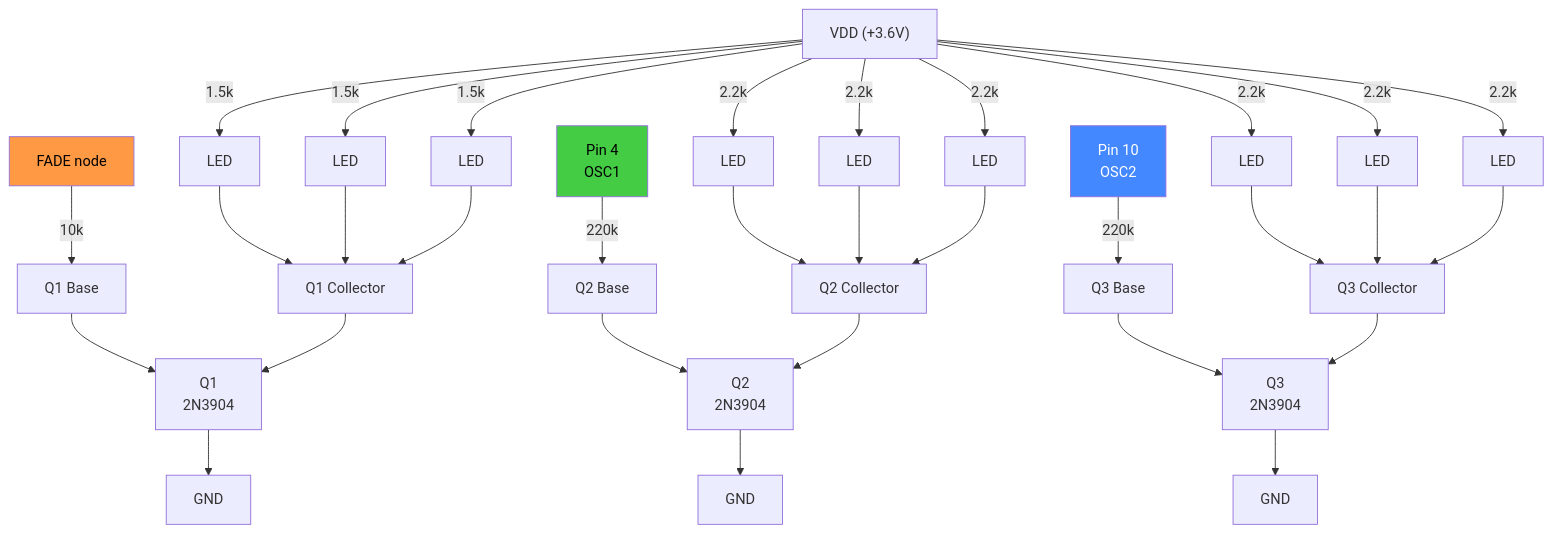
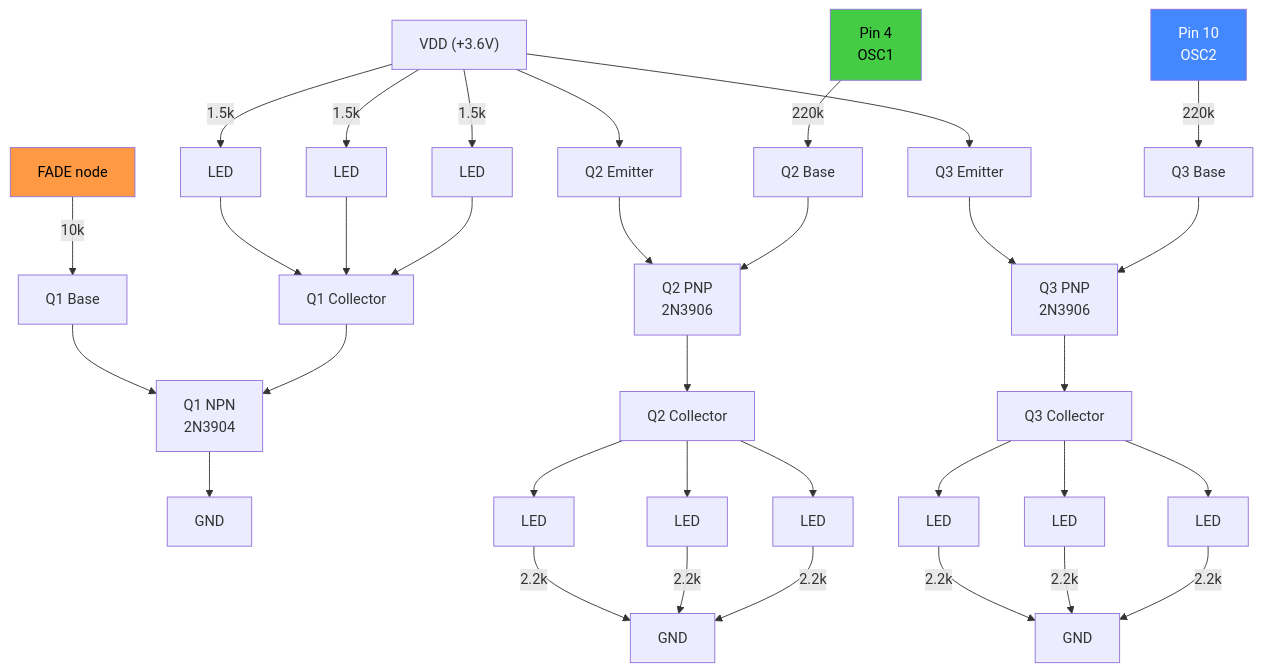
Before and after one commit to dirq/DiamondMineShimmerCircuit: the sixth of 6 diagrams in Corrected/schematic.md, drawn with Mermaid. The commit also changed other lines of this file and 22 other files, not shown here.

````diff
--- a/Corrected/schematic.md
+++ b/Corrected/schematic.md
@@ -243,32 +247,34 @@
 ```mermaid
 graph TD
     VDD["VDD (+3.6V)"]
 
     VDD -->|"1.5k"| SL1["LED"] --> Q1C["Q1 Collector"]
     VDD -->|"1.5k"| SL2["LED"] --> Q1C
     VDD -->|"1.5k"| SL3["LED"] --> Q1C
     FADE["FADE node"] -->|"10k"| Q1B["Q1 Base"]
-    Q1B --> Q1["Q1<br/>2N3904"]
+    Q1B --> Q1["Q1 NPN<br/>2N3904"]
     Q1C --> Q1
     Q1 --> GND1["GND"]
 
-    VDD -->|"2.2k"| TL1["LED"] --> Q2C["Q2 Collector"]
-    VDD -->|"2.2k"| TL2["LED"] --> Q2C
-    VDD -->|"2.2k"| TL3["LED"] --> Q2C
+    VDD --> Q2E["Q2 Emitter"]
+    Q2E --> Q2["Q2 PNP<br/>2N3906"]
     OSC1["Pin 4<br/>OSC1"] -->|"220k"| Q2B["Q2 Base"]
-    Q2B --> Q2["Q2<br/>2N3904"]
-    Q2C --> Q2
-    Q2 --> GND2["GND"]
+    Q2B --> Q2
+    Q2 --> Q2C["Q2 Collector"]
+    Q2C --> TL1["LED"] -->|"2.2k"| GND2["GND"]
+    Q2C --> TL2["LED"] -->|"2.2k"| GND2
+    Q2C --> TL3["LED"] -->|"2.2k"| GND2
 
-    VDD -->|"2.2k"| TL4["LED"] --> Q3C["Q3 Collector"]
-    VDD -->|"2.2k"| TL5["LED"] --> Q3C
-    VDD -->|"2.2k"| TL6["LED"] --> Q3C
+    VDD --> Q3E["Q3 Emitter"]
+    Q3E --> Q3["Q3 PNP<br/>2N3906"]
     OSC2["Pin 10<br/>OSC2"] -->|"220k"| Q3B["Q3 Base"]
-    Q3B --> Q3["Q3<br/>2N3904"]
-    Q3C --> Q3
-    Q3 --> GND3["GND"]
+    Q3B --> Q3
+    Q3 --> Q3C["Q3 Collector"]
+    Q3C --> TL4["LED"] -->|"2.2k"| GND3["GND"]
+    Q3C --> TL5["LED"] -->|"2.2k"| GND3
+    Q3C --> TL6["LED"] -->|"2.2k"| GND3
 
     style FADE fill:#ff9944,color:#000
     style OSC1 fill:#44cc44,color:#000
     style OSC2 fill:#4488ff,color:#fff
 ```
````
